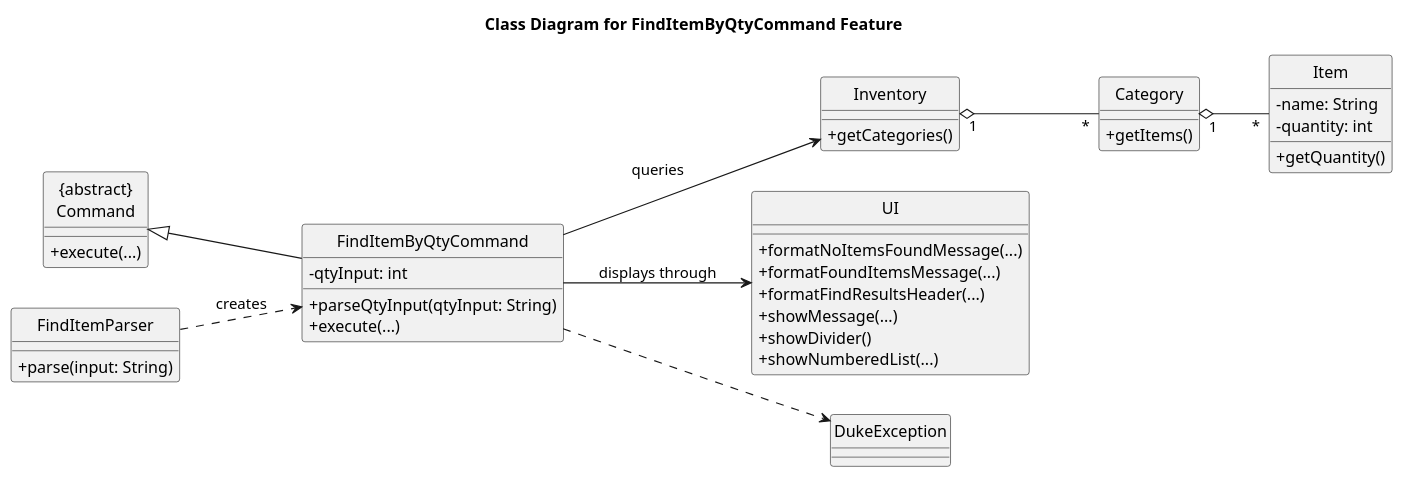
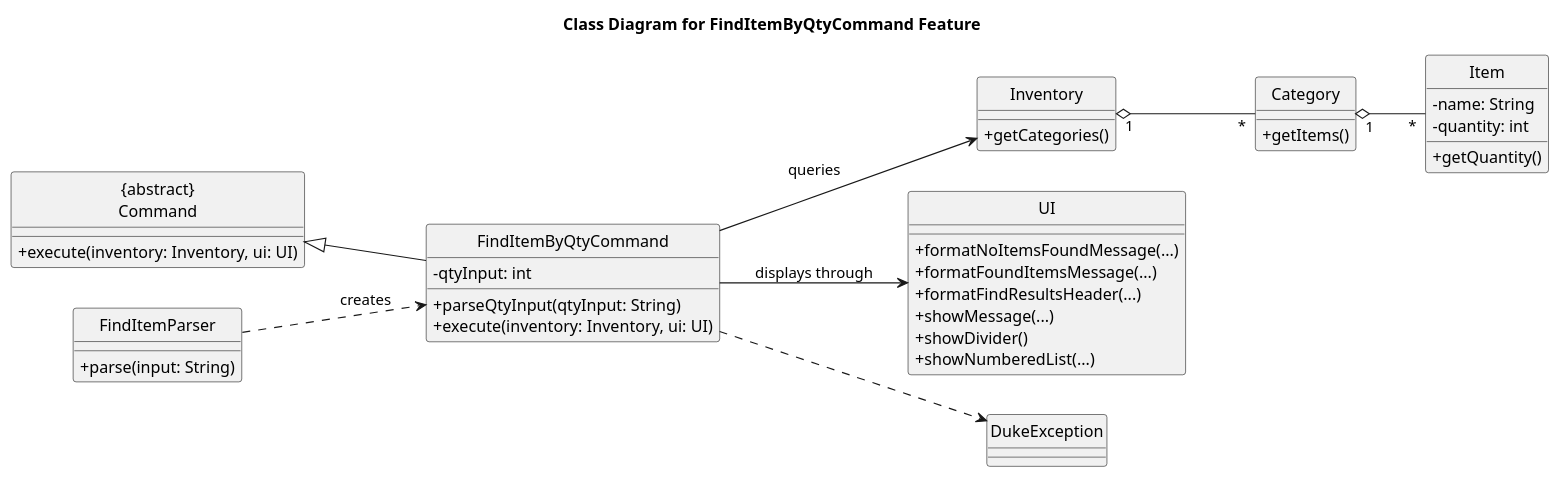
One commit to YeoSiZhao/tp changed the diagram in docs/diagrams/class/FindItemByQtyCommandClassDiagram.puml. Above: the diagram before and after it, drawn with PlantUML. The commit also changed other lines of this file and 19 other files, not shown here.

Commit message:
Update diagrams

```diff
--- a/docs/diagrams/class/FindItemByQtyCommandClassDiagram.puml
+++ b/docs/diagrams/class/FindItemByQtyCommandClassDiagram.puml
@@ -1,53 +1,53 @@
 @startuml
 title Class Diagram for FindItemByQtyCommand Feature
 skinparam classAttributeIconSize 0
 hide circle
 left to right direction
 
 class "{abstract}\nCommand" as Command {
-  + execute(...)
+  + execute(inventory: Inventory, ui: UI)
 }
 
 class FindItemParser {
   + parse(input: String)
 }
 
 class FindItemByQtyCommand {
   - qtyInput: int
   + parseQtyInput(qtyInput: String)
-  + execute(...)
+  + execute(inventory: Inventory, ui: UI)
 }
 
 class Inventory {
   + getCategories()
 }
 
 class Category {
   + getItems()
 }
 
 class Item {
   - name: String
   - quantity: int
   + getQuantity()
 }
 
 class UI {
   + formatNoItemsFoundMessage(...)
   + formatFoundItemsMessage(...)
   + formatFindResultsHeader(...)
   + showMessage(...)
   + showDivider()
   + showNumberedList(...)
 }
 
 class DukeException
 
 Command <|-- FindItemByQtyCommand
 FindItemParser ..> FindItemByQtyCommand : creates
 FindItemByQtyCommand --> Inventory : queries
 FindItemByQtyCommand --> UI : displays through
 FindItemByQtyCommand ..> DukeException
 Inventory "1" o-- "*" Category
 Category "1" o-- "*" Item
 @enduml
```
